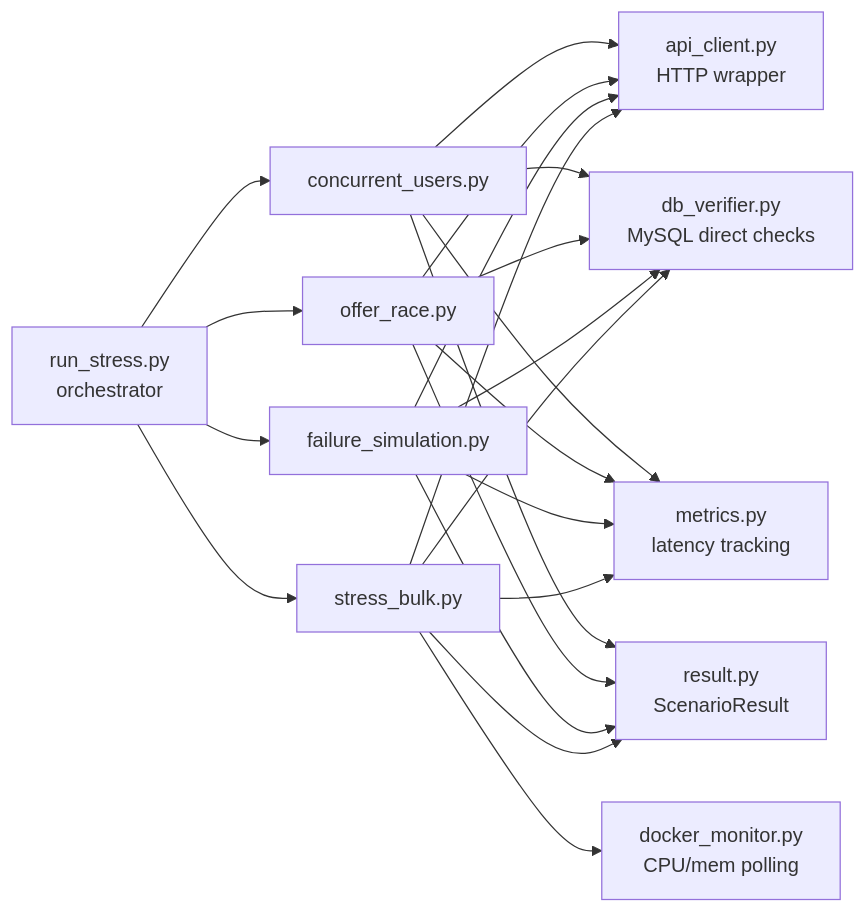
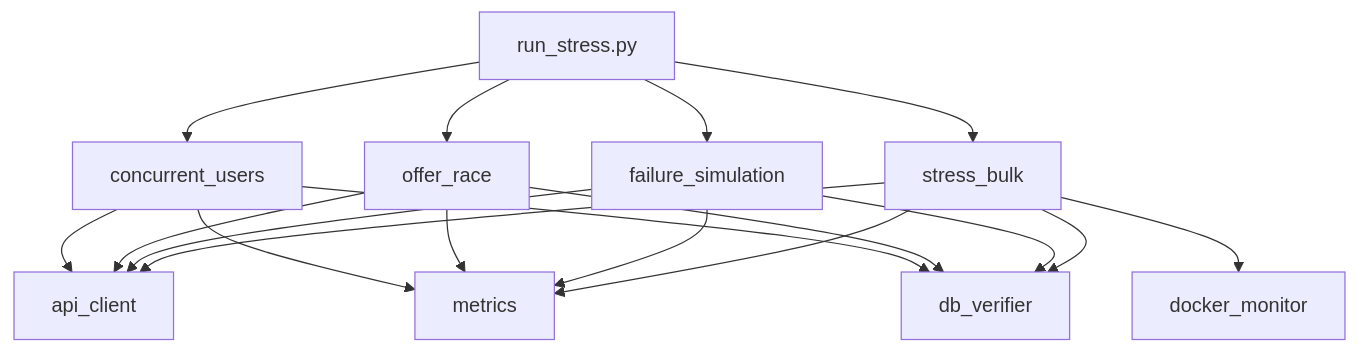
The third of 10 diagrams in Assignment_3/Module_B/MODULE_B_REPORT.md (Zeenu03/Campus_Trading_App), drawn with Mermaid before and after one commit. The commit also changed other lines of this file and 3 other files, not shown here.

````diff
--- a/Assignment_3/Module_B/MODULE_B_REPORT.md
+++ b/Assignment_3/Module_B/MODULE_B_REPORT.md
@@ -119,21 +94,25 @@
 ```mermaid
-graph LR
-    RS[run_stress.py\norchestrator]
-    AC[api_client.py\nHTTP wrapper]
-    DB[db_verifier.py\nMySQL direct checks]
-    DM[docker_monitor.py\nCPU/mem polling]
-    MT[metrics.py\nlatency tracking]
-    SR[result.py\nScenarioResult]
+graph TB
+    RS[run_stress.py]
+    RS --> CU[concurrent_users]
+    RS --> OR[offer_race]
+    RS --> FS[failure_simulation]
+    RS --> SB[stress_bulk]
 
-    CU[concurrent_users.py]
-    OR[offer_race.py]
-    FS[failure_simulation.py]
-    SB[stress_bulk.py]
+    CU --> AC[api_client]
+    OR --> AC
+    FS --> AC
+    SB --> AC
 
-    RS --> CU & OR & FS & SB
-    CU & OR & FS & SB --> AC
-    CU & OR & FS & SB --> DB
-    CU & OR & FS & SB --> MT
-    SB --> DM
-    CU & OR & FS & SB --> SR
+    CU --> MT[metrics]
+    OR --> MT
+    FS --> MT
+    SB --> MT
+
+    CU --> DB[db_verifier]
+    OR --> DB
+    FS --> DB
+    SB --> DB
+
+    SB --> DM[docker_monitor]
 ```
````
